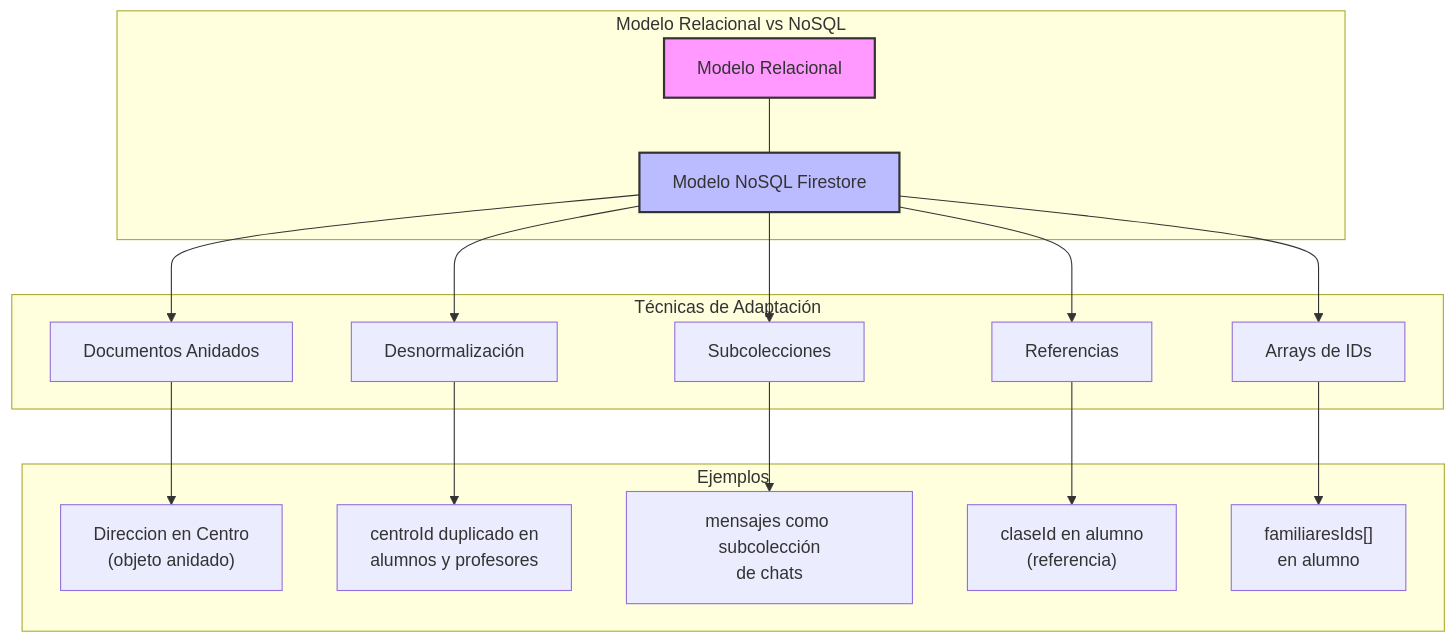
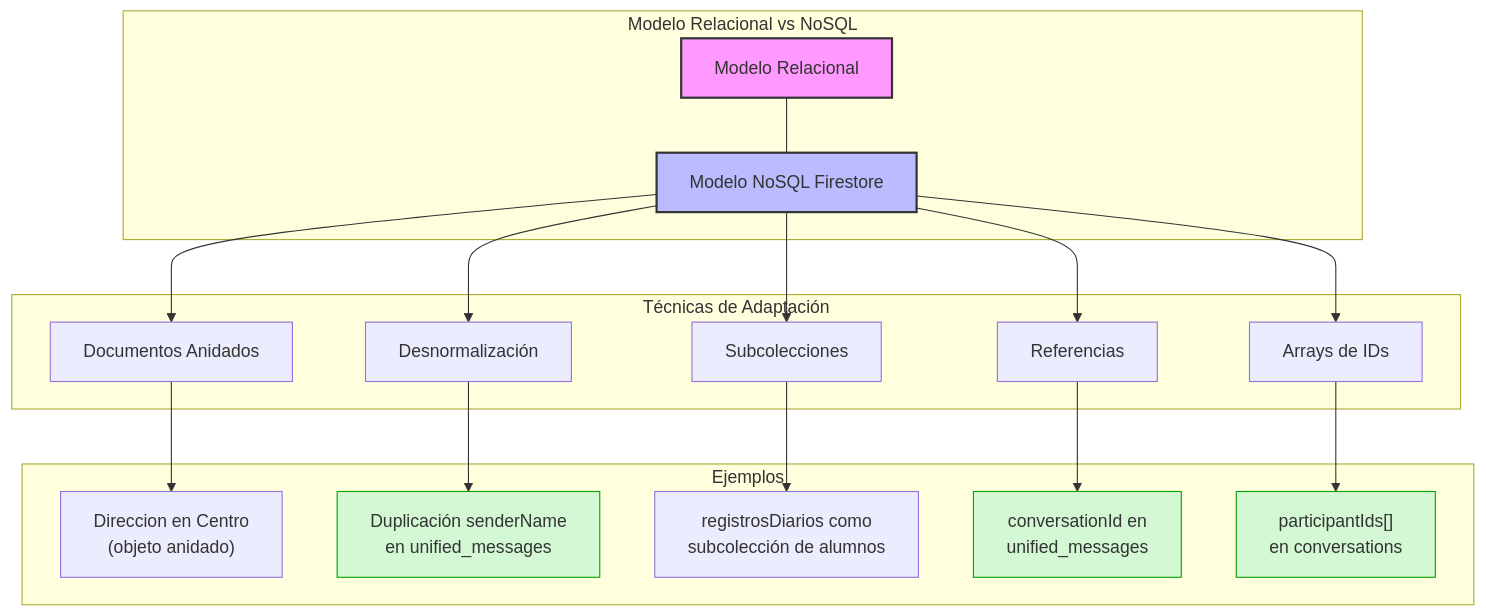
One commit to Nojabeach/UmeEgunero changed the third of 5 diagrams in docs/Estructura_Base_Datos.md. Above: the diagram before and after it, drawn with Mermaid. The commit also changed other lines of this file and 112 other files, not shown here.

Commit message:
feat: Añadir soporte para un nuevo canal de notificación y mejorar la gestión de registros de actividad, incluyendo nuevos campos en el modelo de alumno y actualizaciones en los repositorios

````diff
--- a/docs/Estructura_Base_Datos.md
+++ b/docs/Estructura_Base_Datos.md
@@ -460,33 +502,36 @@
 ```mermaid
 graph TD
     subgraph "Modelo Relacional vs NoSQL"
         RelModel[Modelo Relacional] --- NoSQLModel[Modelo NoSQL Firestore]
     end
     
     subgraph "Técnicas de Adaptación"
         Anidados[Documentos Anidados]
         Desnorm[Desnormalización]
         SubCol[Subcolecciones]
         Refs[Referencias]
         Arrays[Arrays de IDs]
     end
     
     NoSQLModel --> Anidados & Desnorm & SubCol & Refs & Arrays
     
     subgraph "Ejemplos"
         EjAnidado["Direccion en Centro\n(objeto anidado)"]
-        EjDesnorm["centroId duplicado en\nalumnos y profesores"]
-        EjSubCol["mensajes como subcolección\nde chats"]
-        EjRefs["claseId en alumno\n(referencia)"]
-        EjArrays["familiaresIds[]\nen alumno"]
+        EjDesnorm["Duplicación senderName\nen unified_messages"]
+        EjSubCol["registrosDiarios como\nsubcolección de alumnos"]
+        EjRefs["conversationId en\nunified_messages"]
+        EjArrays["participantIds[]\nen conversations"]
     end
     
     Anidados --> EjAnidado
     Desnorm --> EjDesnorm
     SubCol --> EjSubCol
     Refs --> EjRefs
     Arrays --> EjArrays
     
     style RelModel fill:#f9f,stroke:#333,stroke-width:2px
     style NoSQLModel fill:#bbf,stroke:#333,stroke-width:2px
+    style EjDesnorm fill:#d4f8d4,stroke:#00a200,stroke-width:1px
+    style EjRefs fill:#d4f8d4,stroke:#00a200,stroke-width:1px
+    style EjArrays fill:#d4f8d4,stroke:#00a200,stroke-width:1px
 ```
````
